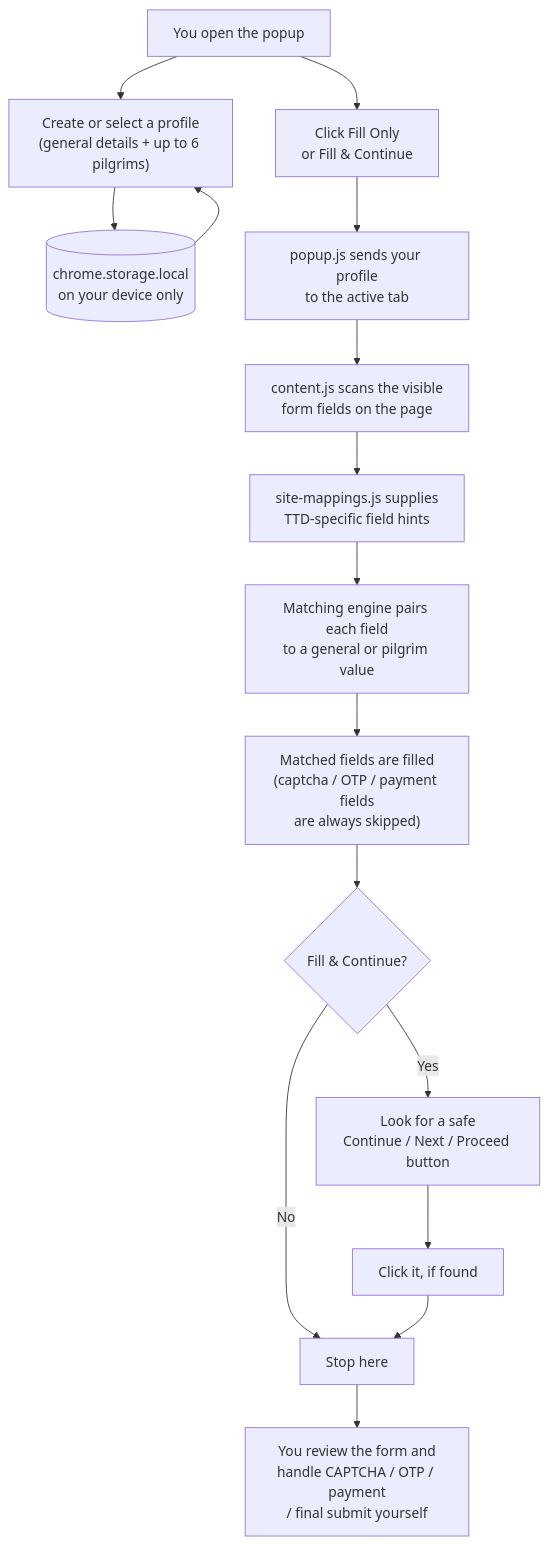
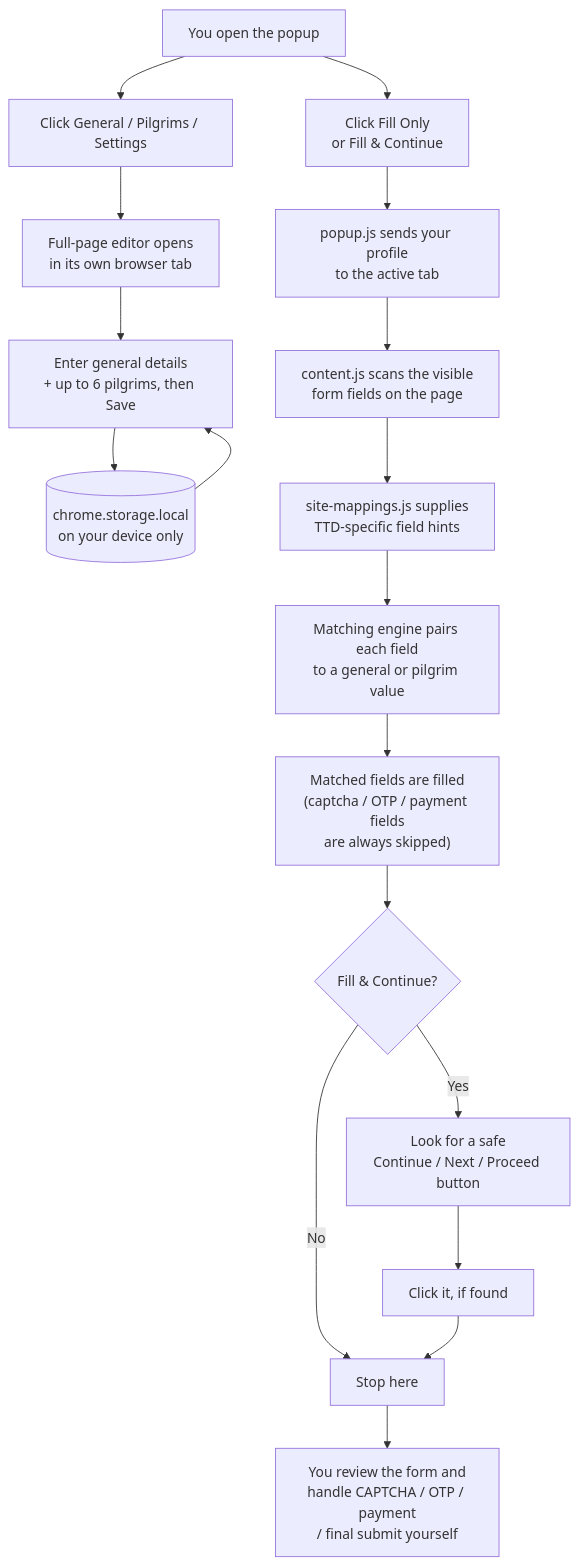
One commit to GudditiN/pilgrim-form-assistant changed the diagram in README.md. Above: the diagram before and after it, drawn with Mermaid. The commit also changed other lines of this file and 11 other files, not shown here.

````diff
--- a/README.md
+++ b/README.md
@@ -68,19 +71,21 @@
 ```mermaid
 flowchart TD
-    A["You open the popup"] --> B["Create or select a profile\n(general details + up to 6 pilgrims)"]
+    A["You open the popup"] --> B0["Click General / Pilgrims / Settings"]
+    B0 --> FP["Full-page editor opens\nin its own browser tab"]
+    FP --> B["Enter general details\n+ up to 6 pilgrims, then Save"]
     B --> C[("chrome.storage.local\non your device only")]
     C --> B
 
     A --> D["Click Fill Only\nor Fill & Continue"]
     D --> E["popup.js sends your profile\nto the active tab"]
     E --> F["content.js scans the visible\nform fields on the page"]
     F --> G["site-mappings.js supplies\nTTD-specific field hints"]
     G --> H["Matching engine pairs each field\nto a general or pilgrim value"]
     H --> I["Matched fields are filled\n(captcha / OTP / payment fields\nare always skipped)"]
     I --> J{"Fill & Continue?"}
     J -- Yes --> K["Look for a safe\nContinue / Next / Proceed button"]
     K --> L["Click it, if found"]
     J -- No --> M["Stop here"]
     L --> M
     M --> N["You review the form and\nhandle CAPTCHA / OTP / payment\n/ final submit yourself"]
 ```
````
